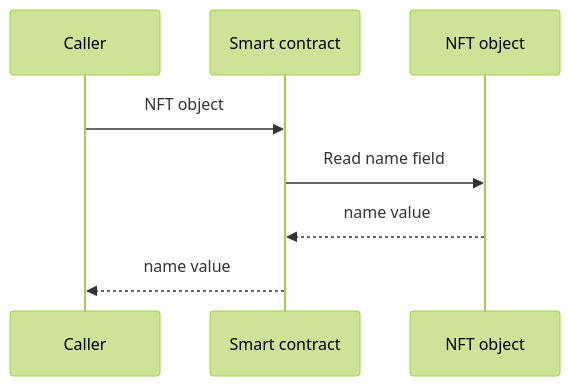
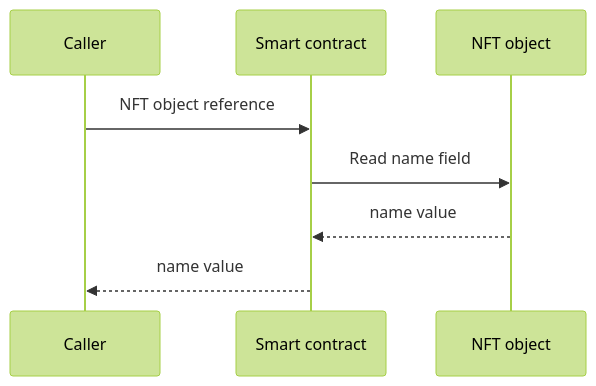
The second of 2 diagrams in content/sui/onchain-finance/tokenized-assets/create-nft.mdx (MystenLabs/sui-docs), drawn with Mermaid (forest theme) before and after one commit. The commit also changed other lines of this file, not shown here.

Commit message:
docs: Create a Non-Fungible Token — revised from its dossier

````diff
--- a/content/sui/onchain-finance/tokenized-assets/create-nft.mdx
+++ b/content/sui/onchain-finance/tokenized-assets/create-nft.mdx
@@ -69,11 +69,11 @@
 ```mermaid
 
 sequenceDiagram
     participant C as Caller
     participant S as Smart contract
     participant N as NFT object
-    C->>S: NFT object
+    C->>S: NFT object reference
     S->>N: Read name field
     N-->>S: name value
     S-->>C: name value
 ```
````
